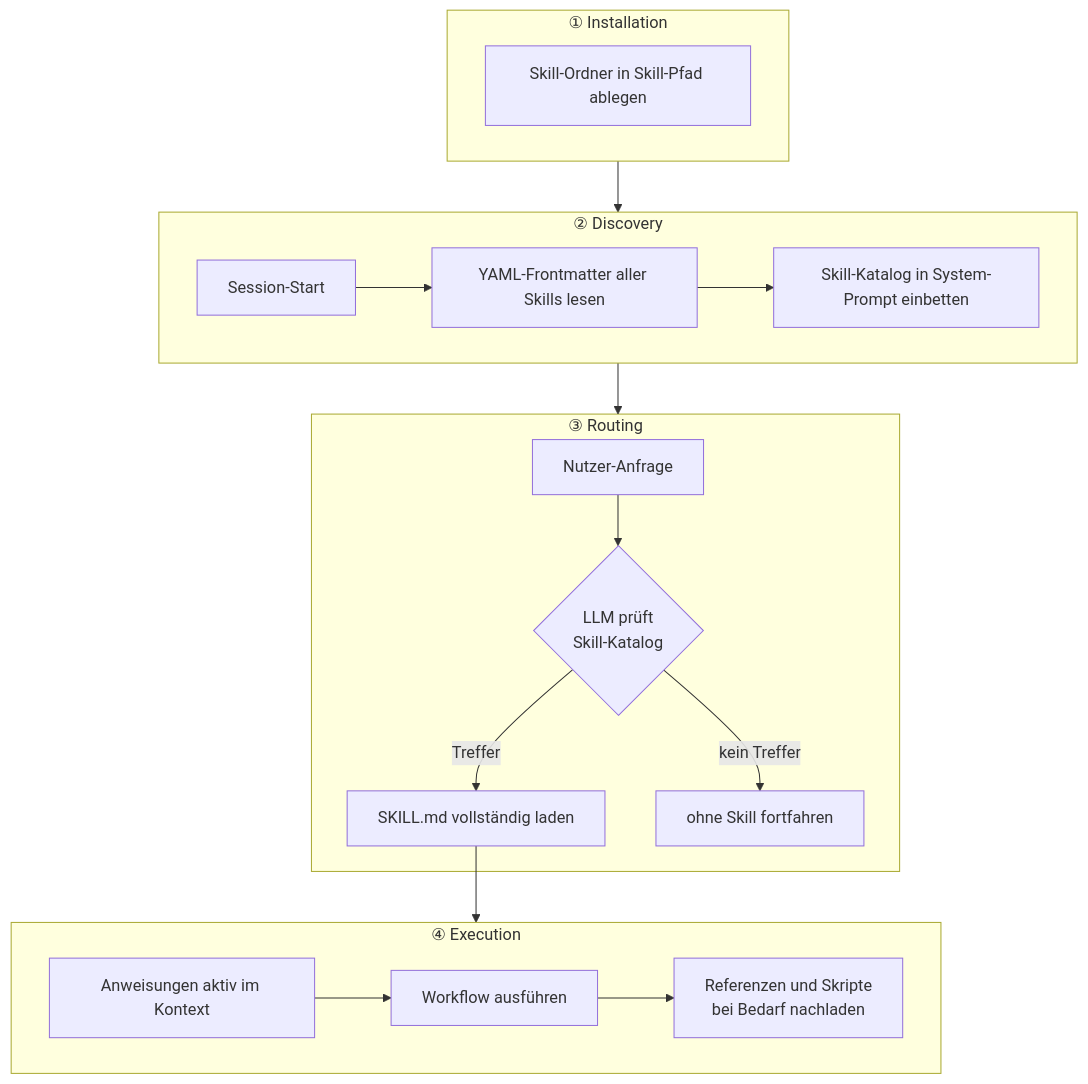
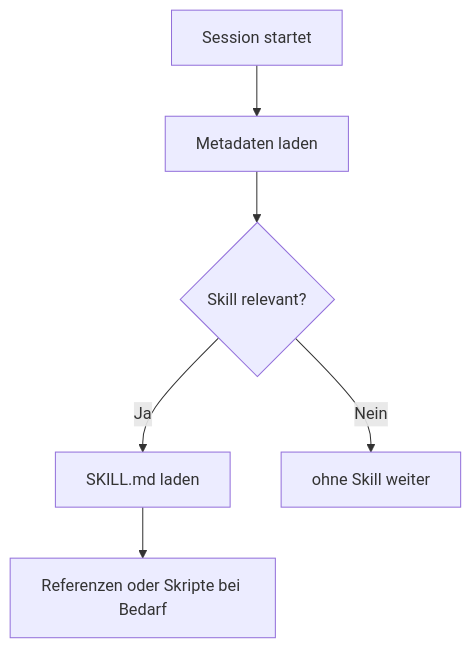
One commit to ralf-42/Agenten changed the diagram in docs/concepts/Skills.md. Above: the diagram before and after it, drawn with Mermaid. The commit also changed other lines of this file and 15 other files, not shown here.

````diff
--- a/docs/concepts/Skills.md
+++ b/docs/concepts/Skills.md
@@ -354,23 +103,8 @@
 ```mermaid
 flowchart TD
-    subgraph P1["① Installation"]
-        A[Skill-Ordner in Skill-Pfad ablegen]
-    end
-    subgraph P2["② Discovery"]
-        B[Session-Start] --> C[YAML-Frontmatter aller Skills lesen]
-        C --> D[Skill-Katalog in System-Prompt einbetten]
-    end
-    subgraph P3["③ Routing"]
-        E[Nutzer-Anfrage] --> F{LLM prüft\nSkill-Katalog}
-        F -->|Treffer| G[SKILL.md vollständig laden]
-        F -->|kein Treffer| H[ohne Skill fortfahren]
-    end
-    subgraph P4["④ Execution"]
-        I[Anweisungen aktiv im Kontext] --> J[Workflow ausführen]
-        J --> K[Referenzen und Skripte\nbei Bedarf nachladen]
-    end
-
-    P1 --> P2
-    P2 --> P3
-    G --> P4
+    A[Session startet] --> B[Metadaten laden]
+    B --> C{Skill relevant?}
+    C -->|Ja| D[SKILL.md laden]
+    C -->|Nein| E[ohne Skill weiter]
+    D --> F[Referenzen oder Skripte bei Bedarf]
 ```
````
